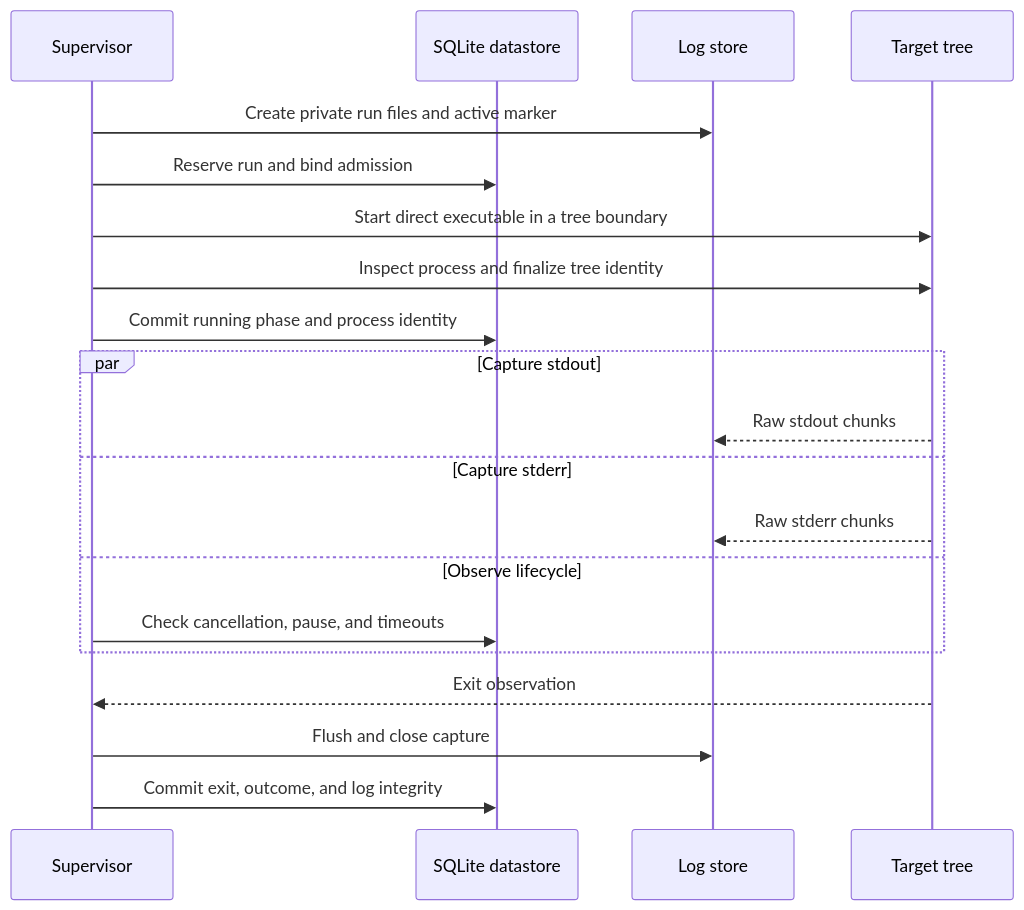
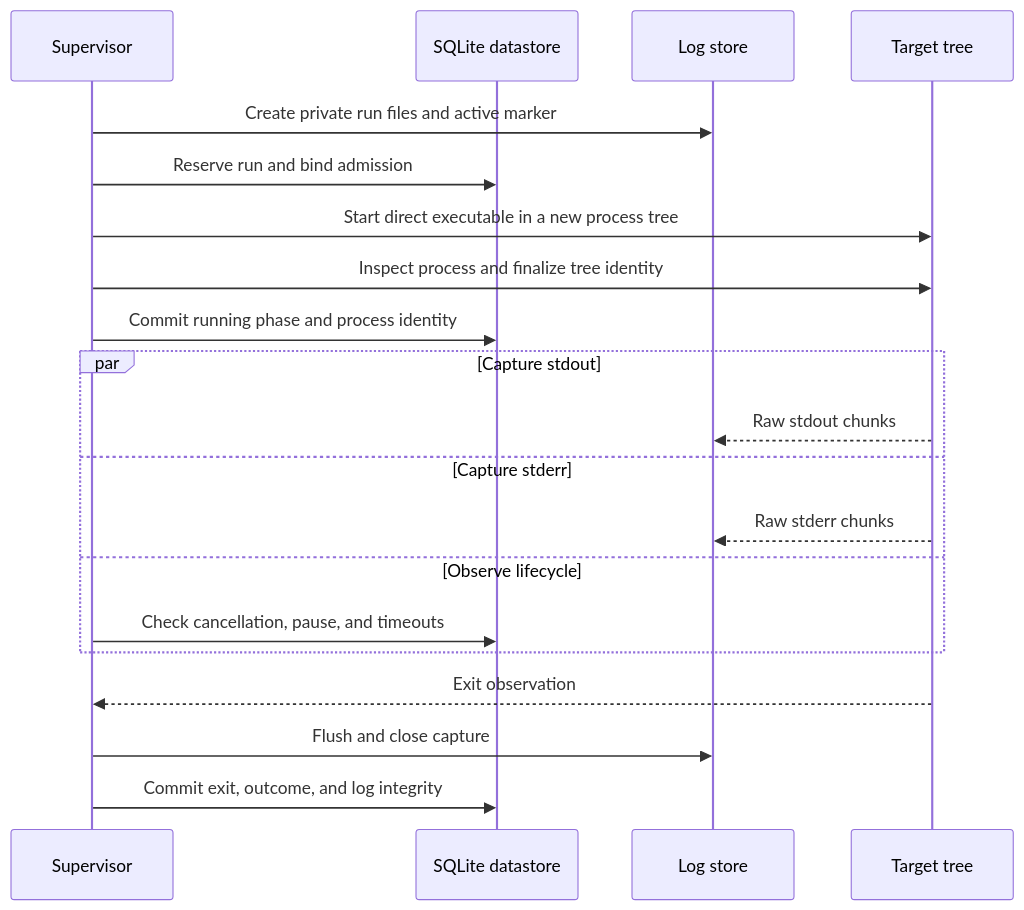
Before and after one commit to ryancswallace/ryancswallace.dev: the first of 2 diagrams in src/data/blog/inside-jobman-part-4.md, drawn with Mermaid. The commit also changed other lines of this file, not shown here.

```diff
--- a/src/data/blog/inside-jobman-part-4.md
+++ b/src/data/blog/inside-jobman-part-4.md
@@ -46,22 +46,22 @@
 <div class="mermaid">
 sequenceDiagram
     participant S as Supervisor
     participant DB as SQLite datastore
     participant L as Log store
     participant T as Target tree
     S->>L: Create private run files and active marker
     S->>DB: Reserve run and bind admission
-    S->>T: Start direct executable in a tree boundary
+    S->>T: Start direct executable in a new process tree
     S->>T: Inspect process and finalize tree identity
     S->>DB: Commit running phase and process identity
     par Capture stdout
         T-->>L: Raw stdout chunks
     and Capture stderr
         T-->>L: Raw stderr chunks
     and Observe lifecycle
         S->>DB: Check cancellation, pause, and timeouts
     end
     T-->>S: Exit observation
     S->>L: Flush and close capture
     S->>DB: Commit exit, outcome, and log integrity
 </div>
```
